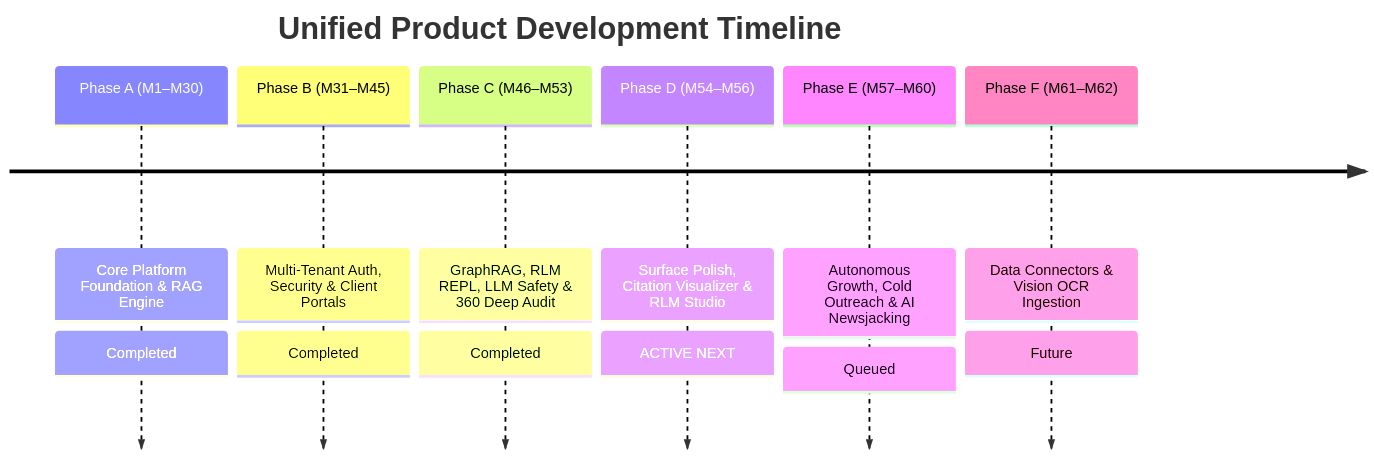
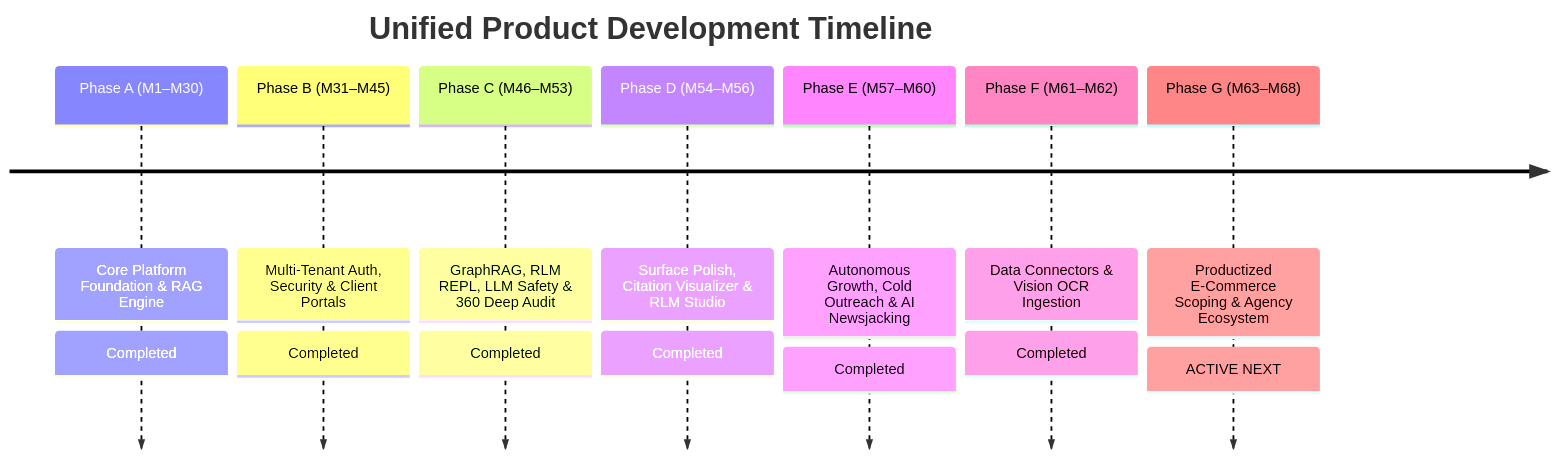
The diagram in docs/UNIFIED_MASTER_ROADMAP.md (prat3010/Prateek_website), drawn with Mermaid before and after one commit. The commit also changed other lines of this file and 186 other files, not shown here.

````diff
--- a/docs/UNIFIED_MASTER_ROADMAP.md
+++ b/docs/UNIFIED_MASTER_ROADMAP.md
@@ -42,10 +45,11 @@
 ```mermaid
 timeline
     title Unified Product Development Timeline
     Phase A (M1–M30) : Core Platform Foundation & RAG Engine : Completed
     Phase B (M31–M45) : Multi-Tenant Auth, Security & Client Portals : Completed
     Phase C (M46–M53) : GraphRAG, RLM REPL, LLM Safety & 360 Deep Audit : Completed
-    Phase D (M54–M56) : Surface Polish, Citation Visualizer & RLM Studio : ACTIVE NEXT
-    Phase E (M57–M60) : Autonomous Growth, Cold Outreach & AI Newsjacking : Queued
-    Phase F (M61–M62) : Data Connectors & Vision OCR Ingestion : Future
+    Phase D (M54–M56) : Surface Polish, Citation Visualizer & RLM Studio : Completed
+    Phase E (M57–M60) : Autonomous Growth, Cold Outreach & AI Newsjacking : Completed
+    Phase F (M61–M62) : Data Connectors & Vision OCR Ingestion : Completed
+    Phase G (M63–M68) : Productized E-Commerce Scoping & Agency Ecosystem : ACTIVE NEXT
 ```
````
